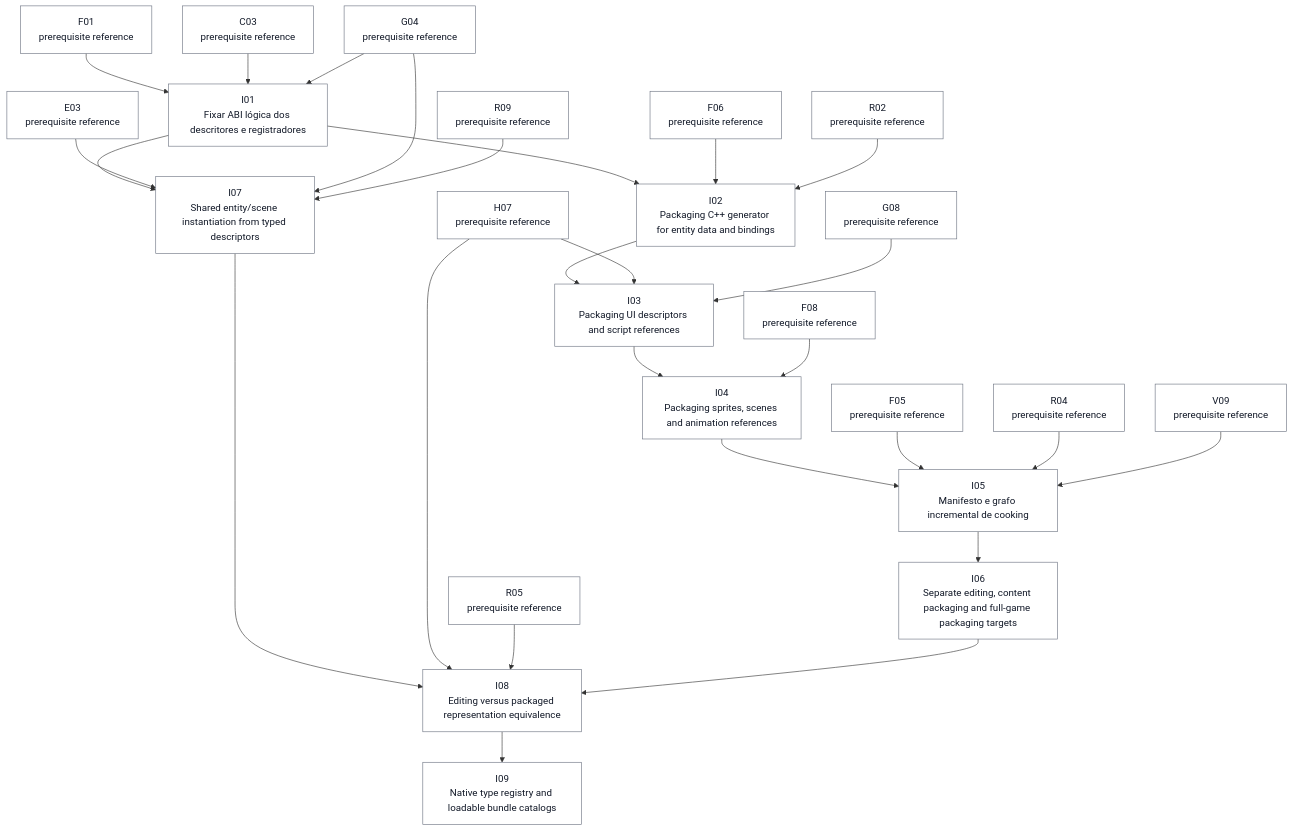
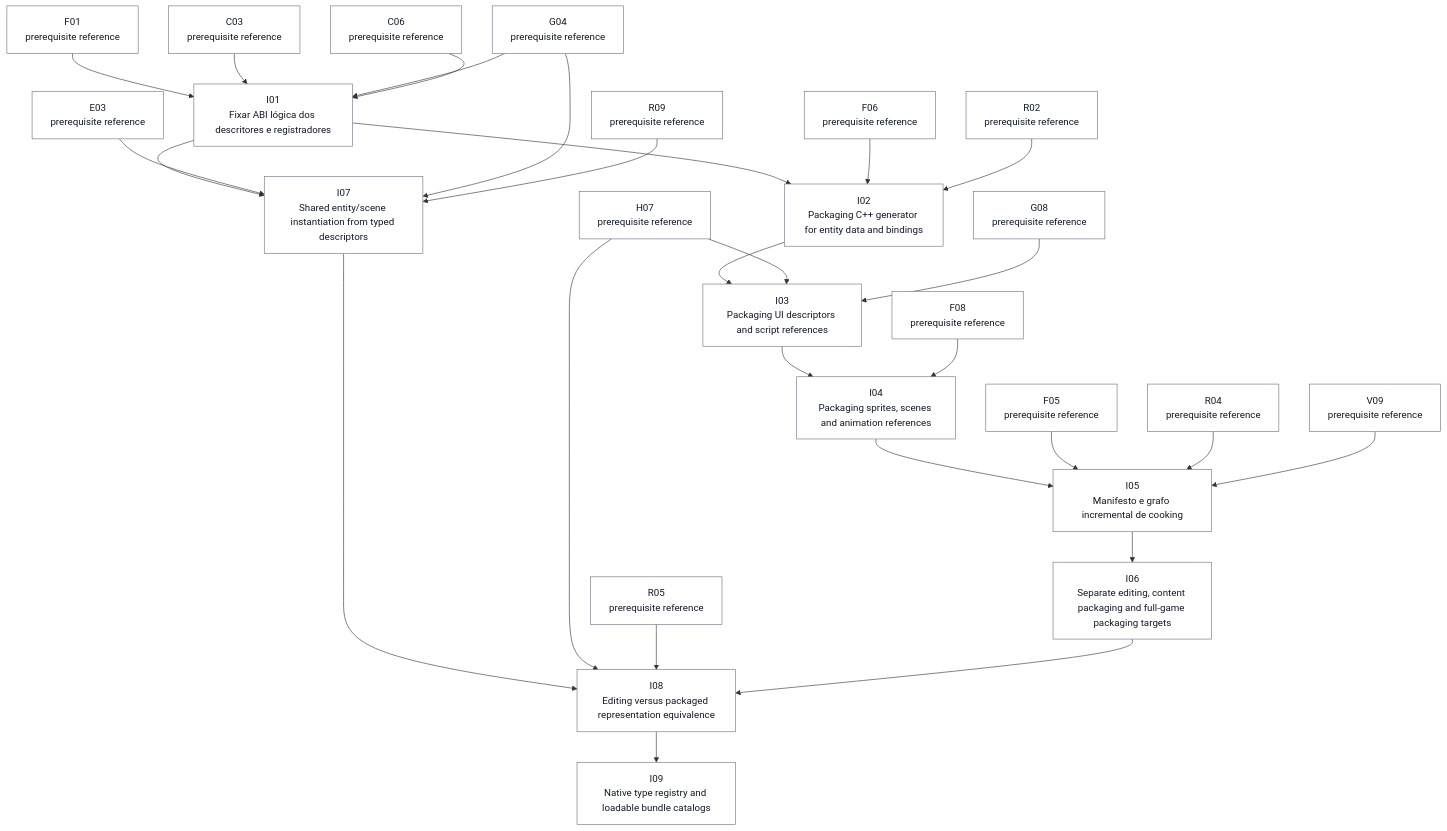
The tenth of 28 diagrams in docs/task-dependencies.md (ocarizr/spaceraiders), drawn with Mermaid before and after one commit. The commit also changed other lines of this file and 9 other files, not shown here.

````diff
--- a/docs/task-dependencies.md
+++ b/docs/task-dependencies.md
@@ -504,54 +559,56 @@
 ```mermaid
 flowchart TD
     ref_I_C03["C03<br/>prerequisite reference"]:::pending
+    ref_I_C06["C06<br/>prerequisite reference"]:::pending
     ref_I_E03["E03<br/>prerequisite reference"]:::pending
     ref_I_F01["F01<br/>prerequisite reference"]:::pending
     ref_I_F05["F05<br/>prerequisite reference"]:::pending
     ref_I_F06["F06<br/>prerequisite reference"]:::pending
     ref_I_F08["F08<br/>prerequisite reference"]:::pending
     ref_I_G04["G04<br/>prerequisite reference"]:::pending
     ref_I_G08["G08<br/>prerequisite reference"]:::pending
     ref_I_H07["H07<br/>prerequisite reference"]:::pending
     ref_I_R02["R02<br/>prerequisite reference"]:::pending
     ref_I_R04["R04<br/>prerequisite reference"]:::pending
     ref_I_R05["R05<br/>prerequisite reference"]:::pending
     ref_I_R09["R09<br/>prerequisite reference"]:::pending
     ref_I_V09["V09<br/>prerequisite reference"]:::pending
     I01["I01<br/>Fixar ABI lógica dos descritores e registradores"]:::pending
     I02["I02<br/>Packaging C++ generator for entity data and bindings"]:::pending
     I03["I03<br/>Packaging UI descriptors and script references"]:::pending
     I04["I04<br/>Packaging sprites, scenes and animation references"]:::pending
     I05["I05<br/>Manifesto e grafo incremental de cooking"]:::pending
     I06["I06<br/>Separate editing, content packaging and full-game packaging targets"]:::pending
     I07["I07<br/>Shared entity/scene instantiation from typed descriptors"]:::pending
     I08["I08<br/>Editing versus packaged representation equivalence"]:::pending
     I09["I09<br/>Native type registry and loadable bundle catalogs"]:::pending
     ref_I_F01 --> I01
     ref_I_C03 --> I01
     ref_I_G04 --> I01
+    ref_I_C06 --> I01
     I01 --> I02
     ref_I_F06 --> I02
     ref_I_R02 --> I02
     I02 --> I03
     ref_I_H07 --> I03
     ref_I_G08 --> I03
     I03 --> I04
     ref_I_F08 --> I04
     I04 --> I05
     ref_I_F05 --> I05
     ref_I_R04 --> I05
     ref_I_V09 --> I05
     I05 --> I06
     I01 --> I07
     ref_I_E03 --> I07
     ref_I_G04 --> I07
     ref_I_R09 --> I07
     I07 --> I08
     ref_I_H07 --> I08
     ref_I_R05 --> I08
     I06 --> I08
     I08 --> I09
     classDef pending fill:#ffffff,stroke:#6b7280,color:#111827
     classDef ready fill:#86efac,stroke:#166534,color:#111827
     classDef done fill:#f87171,stroke:#991b1b,color:#111827
 ```
````
